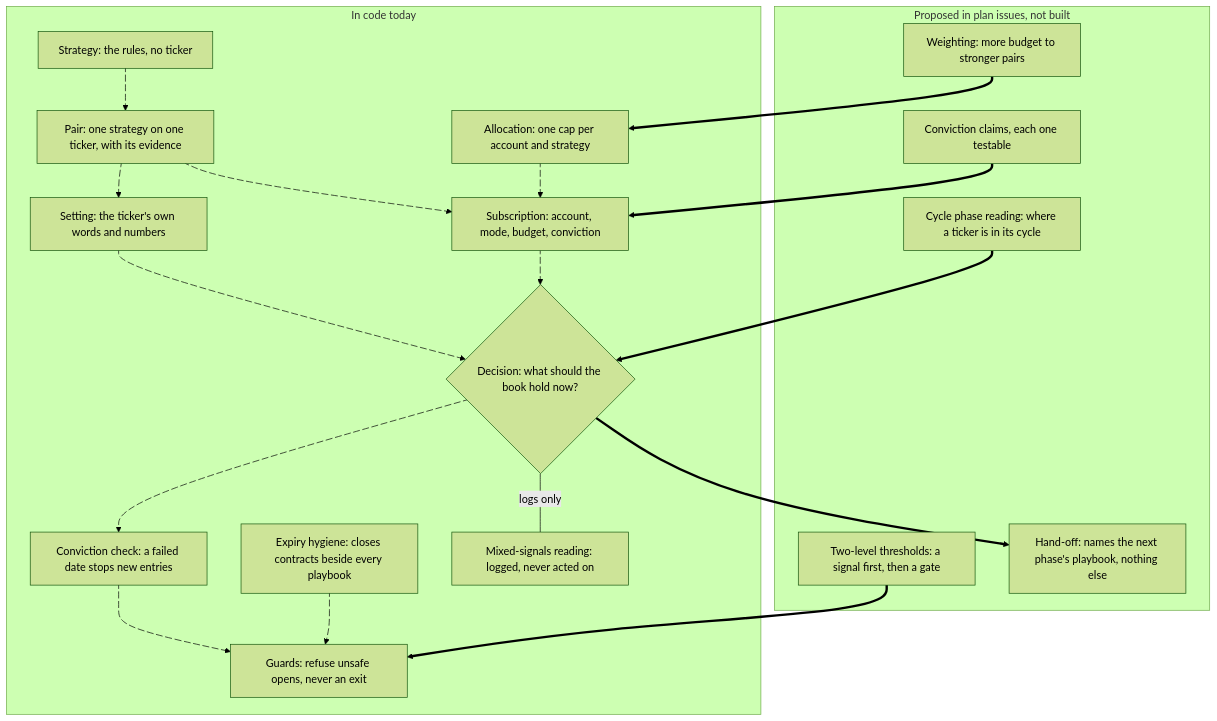
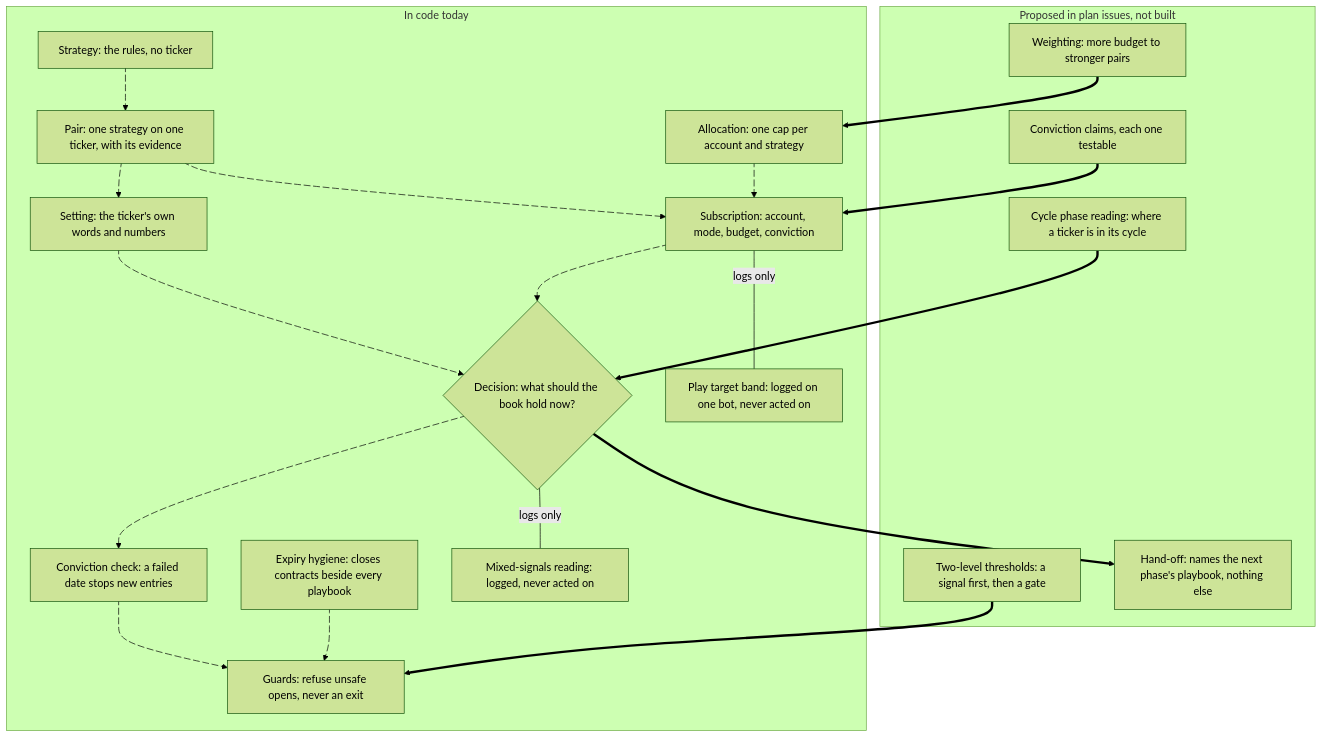
One commit to ejclark/skynet-capital changed the diagram in docs/architecture/playbook-anatomy.md. Above: the diagram before and after it, drawn with Mermaid (forest theme). The commit also changed other lines of this file and 15 other files, not shown here.

First line of the commit message:
feat(playbooks): observe a play's target band on one bot, log only (#5559)

````diff
--- a/docs/architecture/playbook-anatomy.md
+++ b/docs/architecture/playbook-anatomy.md
@@ -3,46 +3,48 @@
 ```mermaid
 flowchart TD
   subgraph today["In code today"]
     S["Strategy: the rules, no ticker"]
     P["Pair: one strategy on one ticker, with its evidence"]
     ST["Setting: the ticker's own words and numbers"]
     AL["Allocation: one cap per account and strategy"]
     SUB["Subscription: account, mode, budget, conviction"]
     D{"Decision: what should the book hold now?"}
     CG["Conviction check: a failed date stops new entries"]
     H["Expiry hygiene: closes contracts beside every playbook"]
     G["Guards: refuse unsafe opens, never an exit"]
     MS["Mixed-signals reading: logged, never acted on"]
+    PT["Play target band: logged on one bot, never acted on"]
   end
   subgraph proposed["Proposed in plan issues, not built"]
     CL["Conviction claims, each one testable"]
     PH["Cycle phase reading: where a ticker is in its cycle"]
     TH["Two-level thresholds: a signal first, then a gate"]
     CY["Hand-off: names the next phase's playbook, nothing else"]
     W["Weighting: more budget to stronger pairs"]
   end
   S e1@--> P
   P e2@--> ST
   ST e3@--> D
   AL e4@--> SUB
   P e5@--> SUB
   SUB e6@--> D
   D e7@--> CG
   CG e8@--> G
   H e9@--> G
   D -- "logs only" --- MS
+  SUB -- "logs only" --- PT
   CL ==> SUB
   PH ==> D
   TH ==> G
   D ==> CY
   W ==> AL
   e1@{ animate: true }
   e2@{ animate: true }
   e3@{ animate: true }
   e4@{ animate: true }
   e5@{ animate: true }
   e6@{ animate: true }
   e7@{ animate: true }
   e8@{ animate: true }
   e9@{ animate: true }
 ```
````
